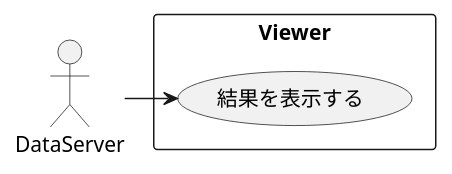
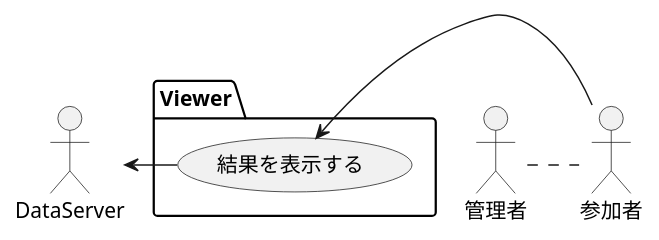
The diagram in Viewer.pu (H28KoyosaiInfo/Design), drawn with PlantUML before and after one commit. The commit also changed 6 other files, not shown here.

```diff
--- a/Viewer.pu
+++ b/Viewer.pu
@@ -2,11 +2,13 @@
 @startuml
   actor DataServer
-  rectangle Viewer{
-        usecase 結果を表示する
+  package Viewer{
+        usecase 結果を表示する as result
   }
 
 'Link'
-DataServer->結果を表示する
+DataServer<-result
+参加者->result
+管理者.参加者
 
 
 @enduml
```
